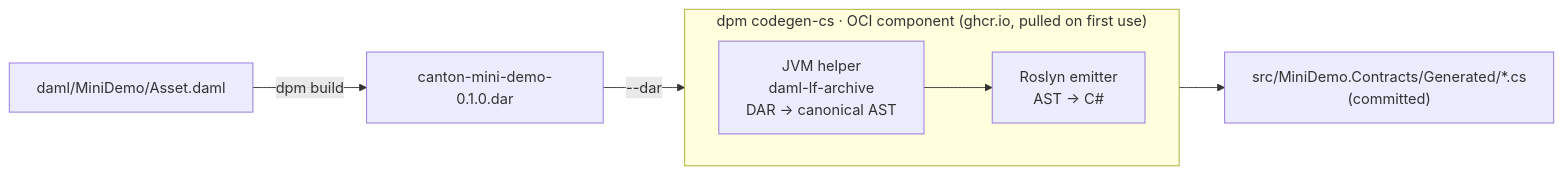
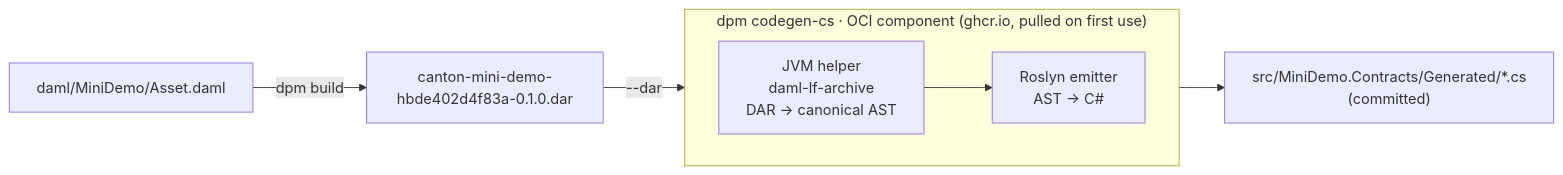
The second of 3 diagrams in README.md (peacefulstudio/canton-dotnet-sdk-mini-demo), drawn with Mermaid before and after one commit. The commit also changed other lines of this file and 65 other files, not shown here.

````diff
--- a/README.md
+++ b/README.md
@@ -109,10 +136,10 @@
 ```mermaid
 flowchart LR
-    A["daml/MiniDemo/Asset.daml"] -->|"dpm build"| B["canton-mini-demo-0.1.0.dar"]
+    A["daml/MiniDemo/Asset.daml"] -->|"dpm build"| B["canton-mini-demo-hbde402d4f83a-0.1.0.dar"]
     subgraph OCI["dpm codegen-cs · OCI component (ghcr.io, pulled on first use)"]
         direction LR
         J["JVM helper<br/>daml-lf-archive<br/>DAR → canonical AST"] --> R["Roslyn emitter<br/>AST → C#"]
     end
     B -->|"--dar"| J
     R --> D["src/MiniDemo.Contracts/Generated/*.cs<br/>(committed)"]
 ```
````
